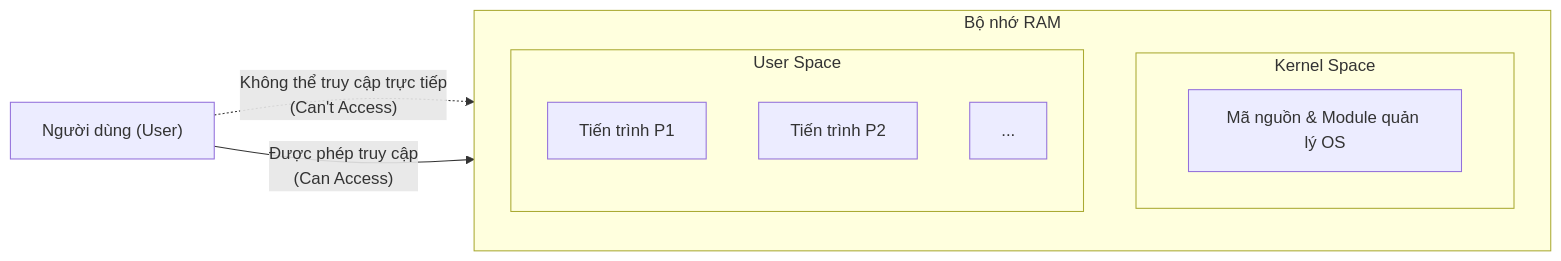
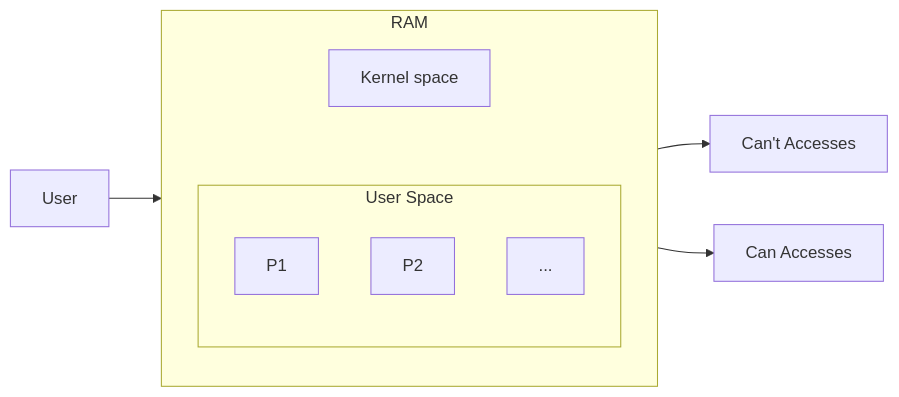
One commit to Duc-Lee/LLMserving_GPUoptimization changed the second of 10 diagrams in OperatingSystem/OS_scratch/Concepts_OS/Intro_OS/Lession4.md. Above: the diagram before and after it, drawn with Mermaid. The commit also changed other lines of this file, not shown here.

````diff
--- a/OperatingSystem/OS_scratch/Concepts_OS/Intro_OS/Lession4.md
+++ b/OperatingSystem/OS_scratch/Concepts_OS/Intro_OS/Lession4.md
@@ -28,20 +21,23 @@
 ```mermaid
 flowchart LR
-    USER["Người dùng (User)"]
+    USER["User"]
 
-    subgraph RAM ["Bộ nhớ RAM"]
+    subgraph RAM ["RAM"]
         direction TB
-        subgraph KS ["Kernel Space"]
-            OS_CODE["Mã nguồn & Module quản lý OS"]
-        end
+        KS["Kernel space"]
         subgraph US ["User Space"]
             direction TB
-            P1["Tiến trình P1"]
-            P2["Tiến trình P2"]
-            Pdots["..."]
+            P1["P1"]
+            P2["P2"]
+            PDOTS["..."]
         end
+        KS ~~~ US
     end
 
-    USER -. "Không thể truy cập trực tiếp<br/>(Can't Access)" .-> KS
-    USER --> |"Được phép truy cập<br/>(Can Access)"| US
+    NO_ACC["Can't Accesses"]
+    CAN_ACC["Can Accesses"]
+
+    USER --> US
+    KS --> NO_ACC
+    US --> CAN_ACC
 ```
````
